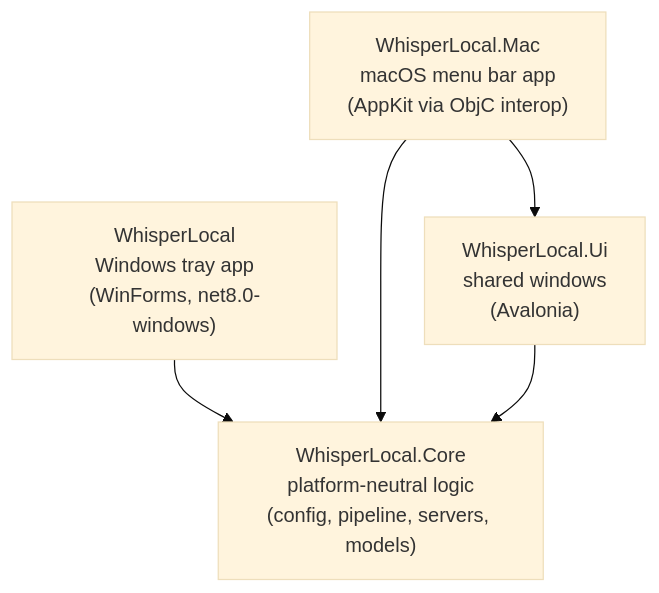
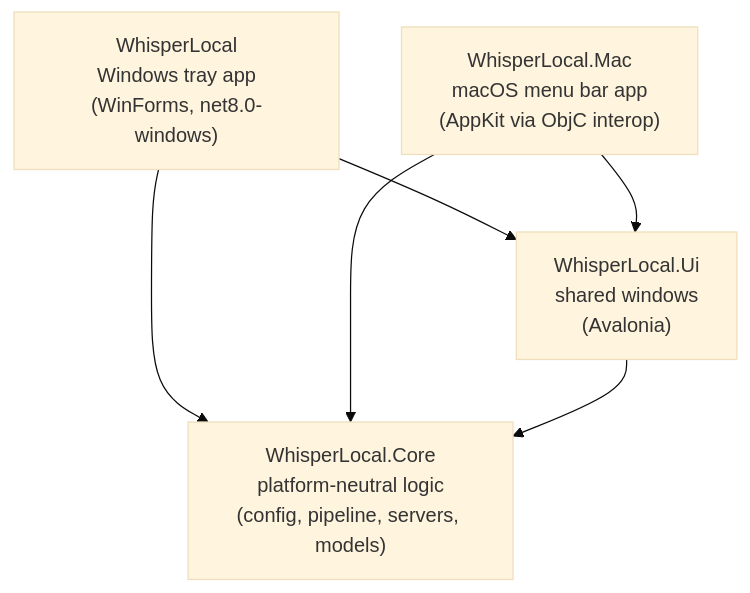
The diagram in docs/PROJECT_STRUCTURE.md (volodya0/WhisperLocal), drawn with Mermaid (base theme) before and after one commit. The commit also changed other lines of this file and 16 other files, not shown here.

````diff
--- a/docs/PROJECT_STRUCTURE.md
+++ b/docs/PROJECT_STRUCTURE.md
@@ -9,7 +9,8 @@
 ```mermaid
 graph TD
     Win["WhisperLocal<br/>Windows tray app<br/>(WinForms, net8.0-windows)"] --> Core
+    Win --> Ui
     Mac["WhisperLocal.Mac<br/>macOS menu bar app<br/>(AppKit via ObjC interop)"] --> Core
     Mac --> Ui["WhisperLocal.Ui<br/>shared windows<br/>(Avalonia)"]
     Ui --> Core["WhisperLocal.Core<br/>platform-neutral logic<br/>(config, pipeline, servers, models)"]
 ```
````
